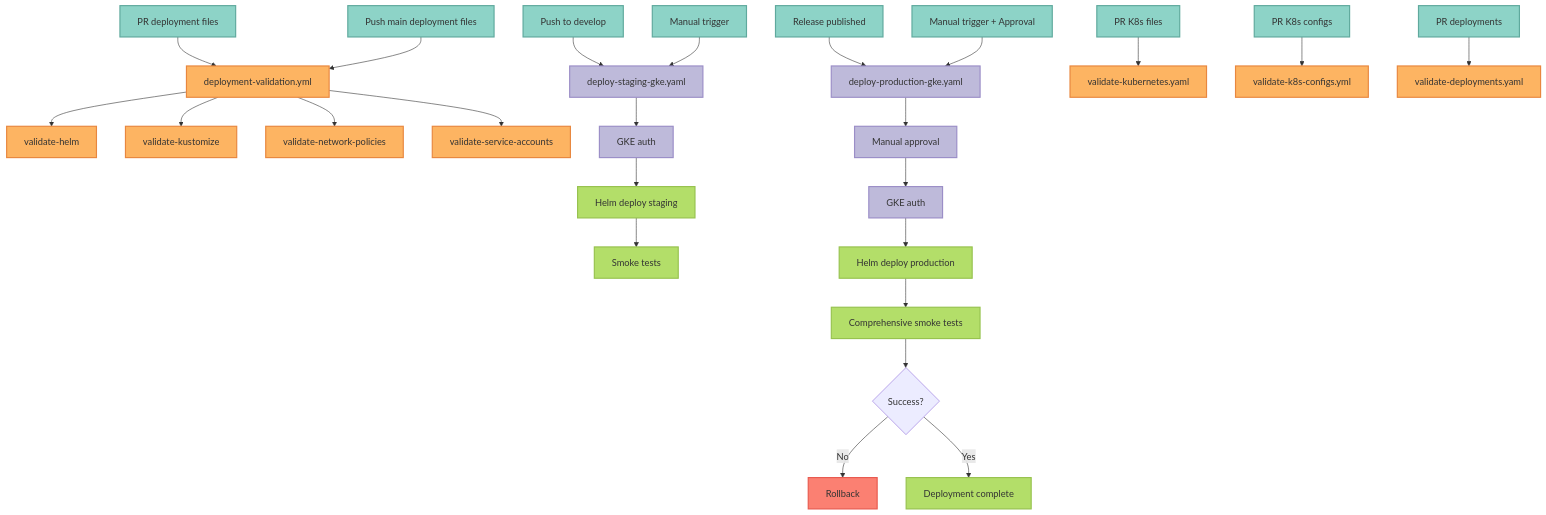
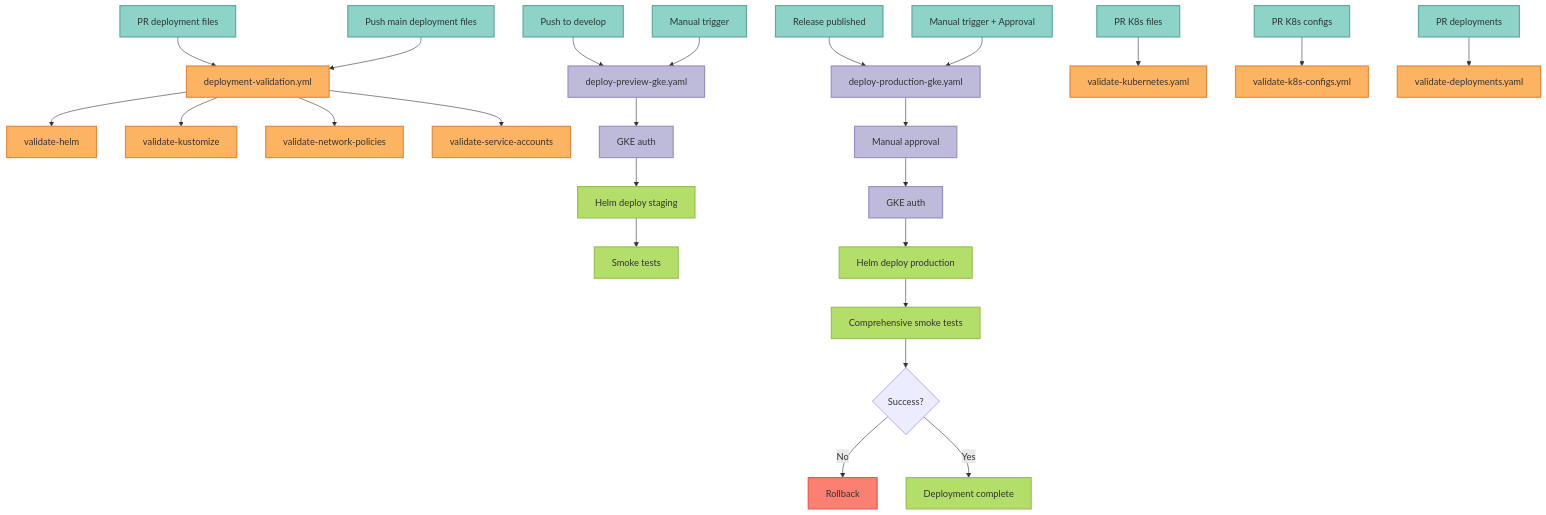
Before and after one commit to vishnu2kmohan/mcp-server-langgraph: the fourth of 12 diagrams in docs/development/workflow-diagram.mdx, drawn with Mermaid. The commit also changed other lines of this file and 191 other files, not shown here.

First line of the commit message:
refactor: rename staging-gke environment to preview-gke (#140)

````diff
--- a/docs/development/workflow-diagram.mdx
+++ b/docs/development/workflow-diagram.mdx
@@ -161,50 +161,50 @@
 ```mermaid
 %% ColorBrewer2 Set3 palette - each component type uniquely colored
 flowchart TD
     %% Deployment Validation
     PRDeploy[PR deployment files] --> DV[deployment-validation.yml]
     PushDeploy[Push main deployment files] --> DV
 
     DV --> VH[validate-helm]
     DV --> VK[validate-kustomize]
     DV --> VNP[validate-network-policies]
     DV --> VSA[validate-service-accounts]
 
     %% Staging Deployment
-    PushDev[Push to develop] --> DSG[deploy-staging-gke.yaml]
+    PushDev[Push to develop] --> DSG[deploy-preview-gke.yaml]
     ManualS[Manual trigger] --> DSG
 
     DSG --> AuthS[GKE auth]
     AuthS --> HelmS[Helm deploy staging]
     HelmS --> SmokeS[Smoke tests]
 
     %% Production Deployment
     Release[Release published] --> DPG[deploy-production-gke.yaml]
     ManualP[Manual trigger + Approval] --> DPG
 
     DPG --> Approve[Manual approval]
     Approve --> AuthP[GKE auth]
     AuthP --> HelmP[Helm deploy production]
     HelmP --> SmokeP[Comprehensive smoke tests]
     SmokeP --> Rollback{Success?}
     Rollback -->|No| RB[Rollback]
     Rollback -->|Yes| Done[Deployment complete]
 
     %% Other Validators
     PRK8s[PR K8s files] --> VK8s[validate-kubernetes.yaml]
     PRK8sC[PR K8s configs] --> VK8sC[validate-k8s-configs.yml]
     PRAll[PR deployments] --> VD[validate-deployments.yaml]
 
     %% ColorBrewer Set3 Styling
     classDef clientStyle fill:#8dd3c7,stroke:#5fa99d,stroke-width:2px,color:#333
     classDef validationStyle fill:#fdb462,stroke:#e8873f,stroke-width:2px,color:#333
     classDef serviceStyle fill:#bebada,stroke:#9b8ec7,stroke-width:2px,color:#333
     classDef successStyle fill:#b3de69,stroke:#97c24f,stroke-width:2px,color:#333
     classDef errorStyle fill:#fb8072,stroke:#e85a4f,stroke-width:2px,color:#333
 
     class PRDeploy,PushDeploy,PushDev,ManualS,Release,ManualP,PRK8s,PRK8sC,PRAll clientStyle
     class DV,VH,VK,VNP,VSA,VK8s,VK8sC,VD validationStyle
     class DSG,DPG,AuthS,AuthP,Approve serviceStyle
     class HelmS,SmokeS,HelmP,SmokeP,Done successStyle
     class RB errorStyle
 ```
````
